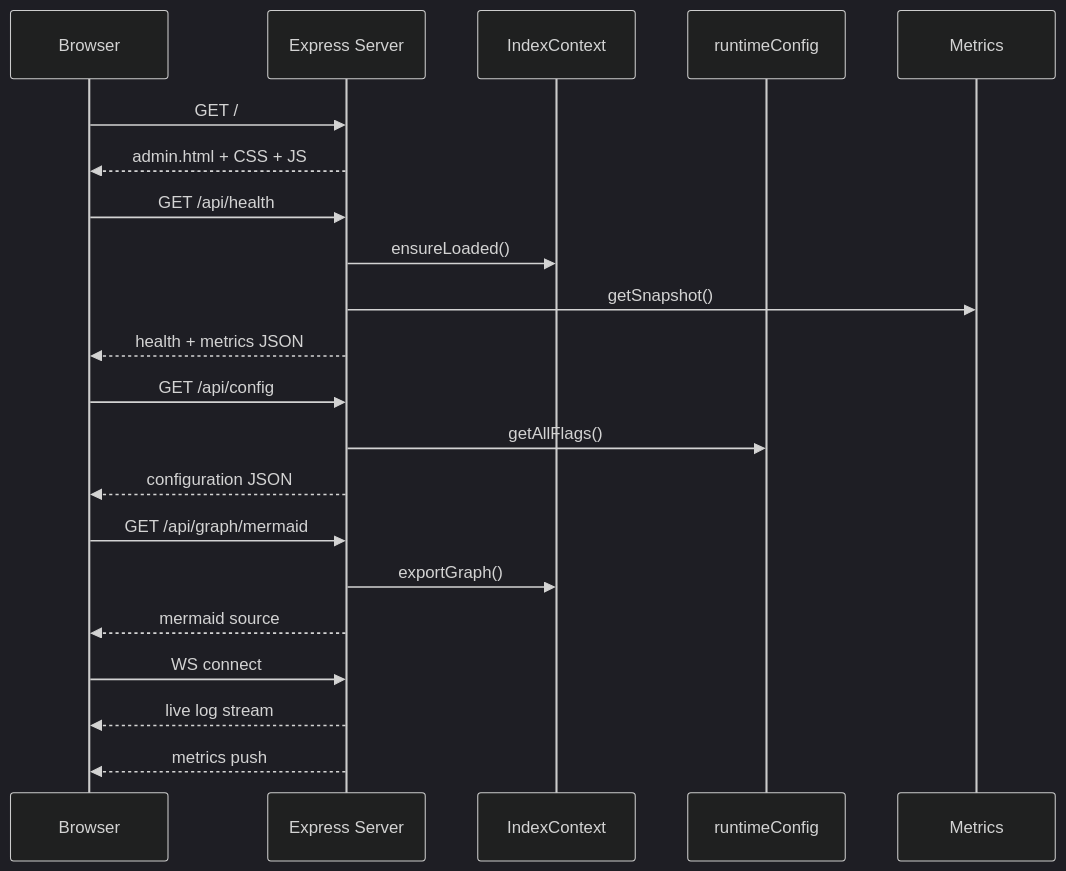
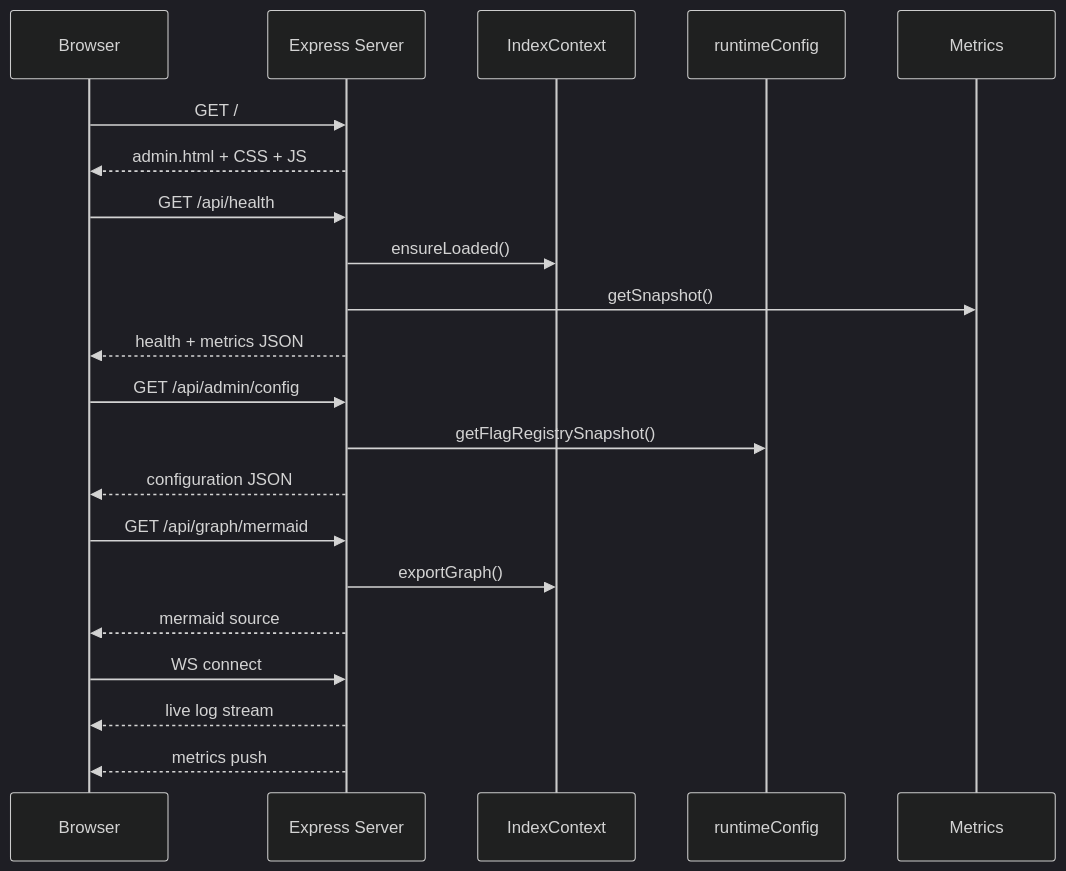
One commit to jagilber-org/index-server changed the second of 2 diagrams in docs/dashboard.md. Above: the diagram before and after it, drawn with Mermaid (dark theme). The commit also changed other lines of this file and 388 other files, not shown here.

````diff
--- a/docs/dashboard.md
+++ b/docs/dashboard.md
@@ -125,32 +182,32 @@
 ```mermaid
 ---
 config:
     layout: elk
 ---
 sequenceDiagram
     participant B as Browser
     participant E as Express Server
     participant C as IndexContext
     participant R as runtimeConfig
     participant M as Metrics
 
     B->>E: GET /
     E-->>B: admin.html + CSS + JS
 
     B->>E: GET /api/health
     E->>C: ensureLoaded()
     E->>M: getSnapshot()
     E-->>B: health + metrics JSON
 
-    B->>E: GET /api/config
-    E->>R: getAllFlags()
+    B->>E: GET /api/admin/config
+    E->>R: getFlagRegistrySnapshot()
     E-->>B: configuration JSON
 
     B->>E: GET /api/graph/mermaid
     E->>C: exportGraph()
     E-->>B: mermaid source
 
     B->>E: WS connect
     E-->>B: live log stream
     E-->>B: metrics push
 ```
````
